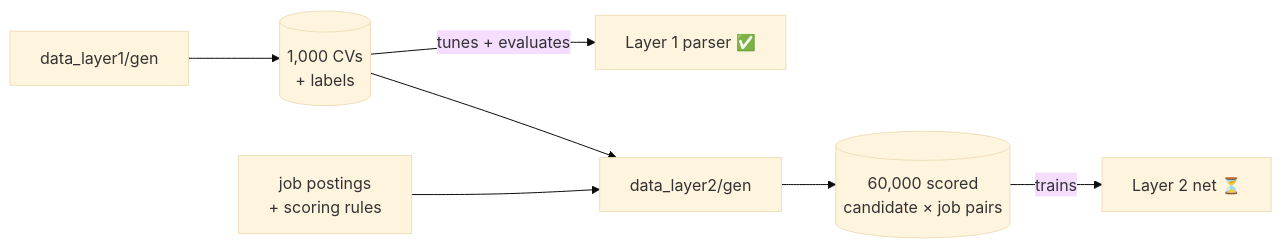
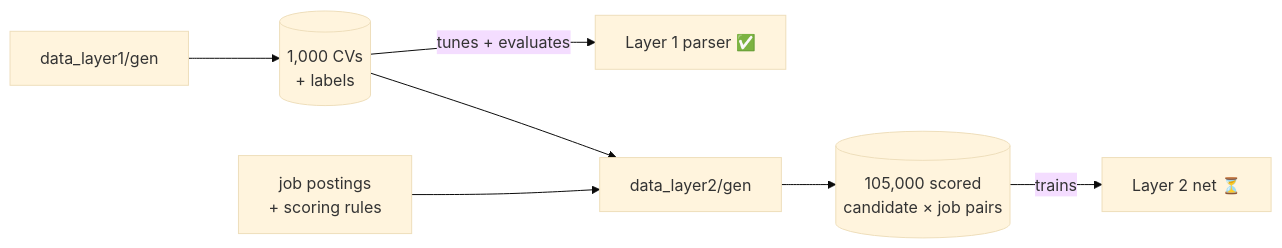
Before and after one commit to RamiDhouibDev/ATS_AI: the third of 3 diagrams in README.md, drawn with Mermaid (base theme). The commit also changed other lines of this file and 77 other files, not shown here.

````diff
--- a/README.md
+++ b/README.md
@@ -94,9 +94,9 @@
 ```mermaid
 flowchart LR
     G1[data_layer1/gen] --> C[(1,000 CVs<br/>+ labels)]
     C -->|tunes + evaluates| P["Layer 1 parser ✅"]
     C --> G2[data_layer2/gen]
     JD2[job postings<br/>+ scoring rules] --> G2
-    G2 --> PAIRS[(60,000 scored<br/>candidate × job pairs)]
+    G2 --> PAIRS[(105,000 scored<br/>candidate × job pairs)]
     PAIRS -->|trains| NN2["Layer 2 net ⏳"]
 ```
````
